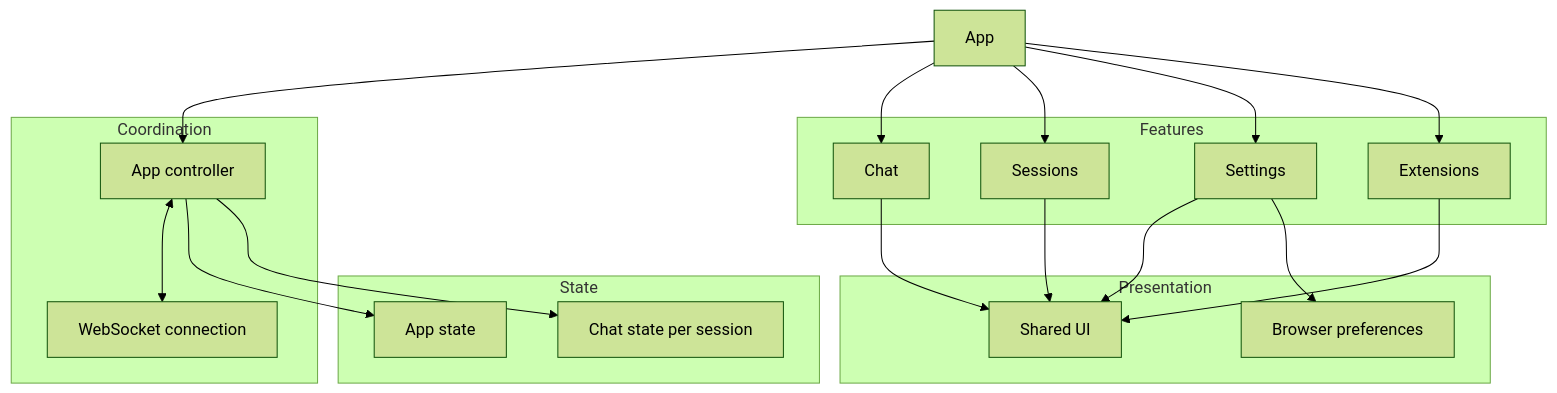
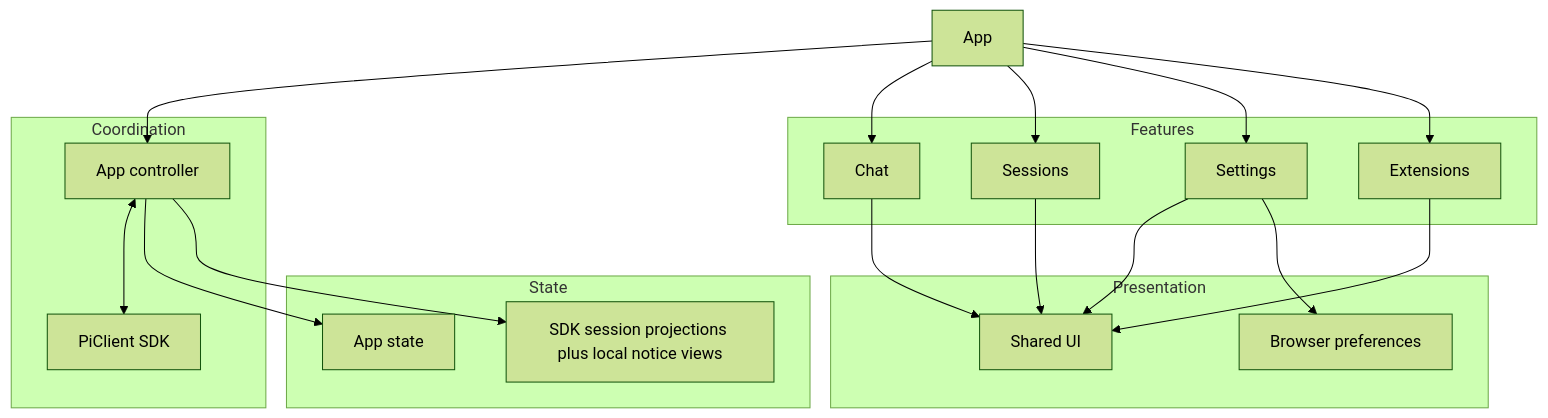
One commit to ManuelSelch/pi-chat changed the second of 3 diagrams in docs/architecture.md. Above: the diagram before and after it, drawn with Mermaid (forest theme). The commit also changed other lines of this file and 4 other files, not shown here.

Commit message:
docs: complete Pi Chat SDK integration slice 4 handover

````diff
--- a/docs/architecture.md
+++ b/docs/architecture.md
@@ -21,42 +23,42 @@
 ```mermaid
 flowchart TD
     App[App]
 
     subgraph Coordination
         Controller[App controller]
-        Connection[WebSocket connection]
+        Connection[PiClient SDK]
     end
 
     subgraph State
         AppState[App state]
-        ChatState[Chat state per session]
+        ChatState[SDK session projections plus local notice views]
     end
 
     subgraph Features
         Chat[Chat]
         Sessions[Sessions]
         Settings[Settings]
         Extensions[Extensions]
     end
 
     subgraph Presentation
         UI[Shared UI]
         Preferences[Browser preferences]
     end
 
     App --> Controller
     Controller <--> Connection
     Controller --> AppState
     Controller --> ChatState
 
     App --> Chat
     App --> Sessions
     App --> Settings
     App --> Extensions
 
     Chat --> UI
     Sessions --> UI
     Settings --> UI
     Extensions --> UI
     Settings --> Preferences
 ```
````
